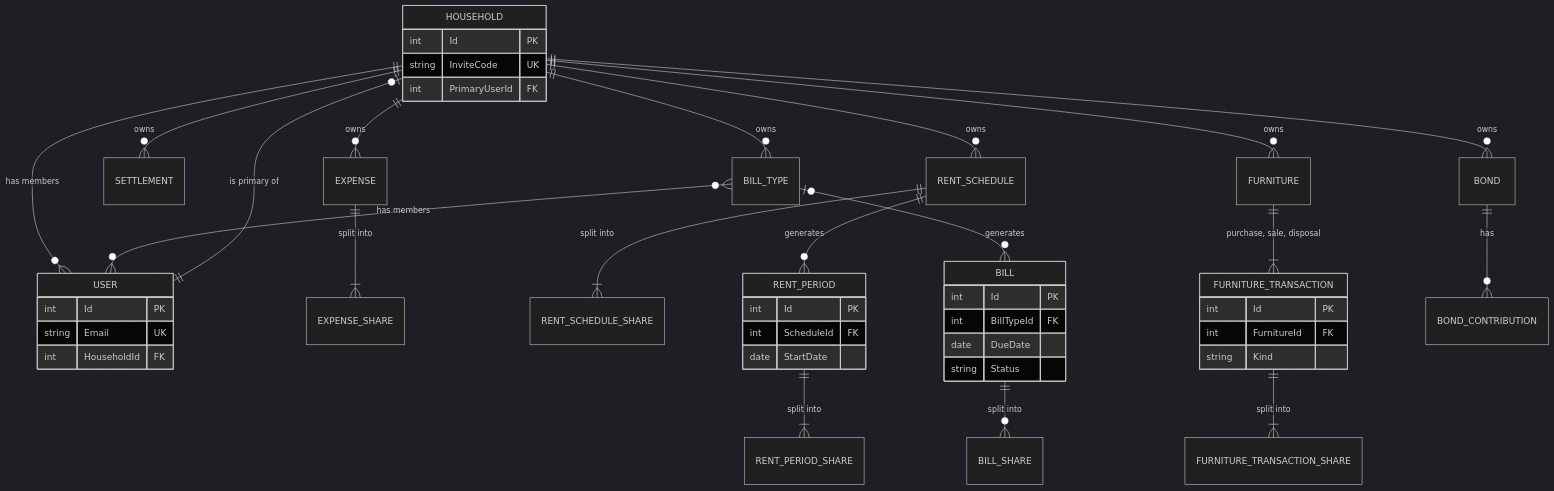
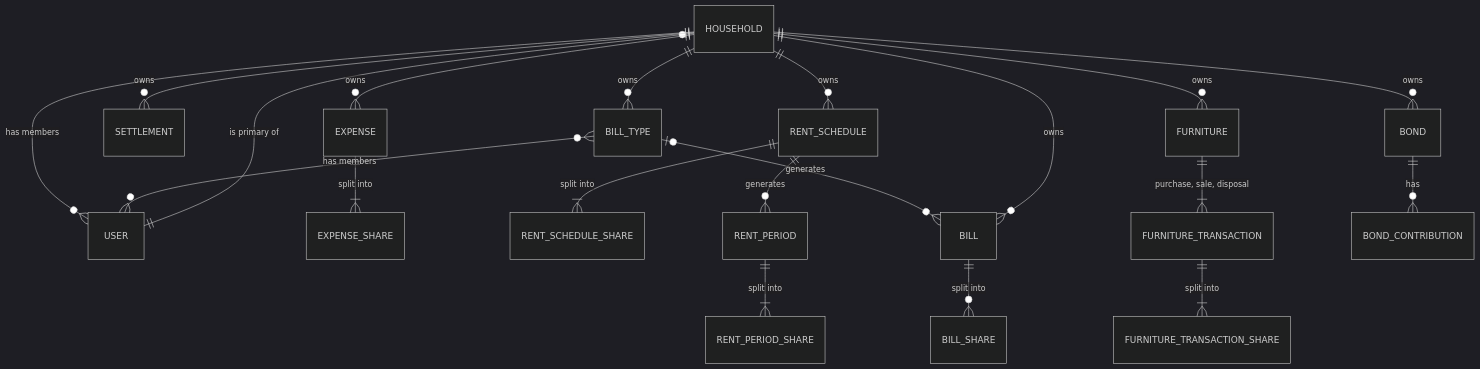
One commit to wanchaiS/ezyhouse changed the second of 2 diagrams in Backend/backend.md. Above: the diagram before and after it, drawn with Mermaid (dark theme). The commit also changed other lines of this file, not shown here.

````diff
--- a/Backend/backend.md
+++ b/Backend/backend.md
@@ -361,48 +267,22 @@
 ```mermaid
 erDiagram
     HOUSEHOLD ||--o{ USER : "has members"
     USER ||--o| HOUSEHOLD : "is primary of"
     HOUSEHOLD ||--o{ EXPENSE : owns
     EXPENSE ||--|{ EXPENSE_SHARE : "split into"
     HOUSEHOLD ||--o{ SETTLEMENT : owns
     HOUSEHOLD ||--o{ RENT_SCHEDULE : owns
     RENT_SCHEDULE ||--|{ RENT_SCHEDULE_SHARE : "split into"
     RENT_SCHEDULE ||--o{ RENT_PERIOD : generates
     RENT_PERIOD ||--|{ RENT_PERIOD_SHARE : "split into"
     HOUSEHOLD ||--o{ BILL_TYPE : owns
     BILL_TYPE }o--o{ USER : "has members"
     BILL_TYPE |o--o{ BILL : generates
+    HOUSEHOLD ||--o{ BILL : owns
     BILL ||--o{ BILL_SHARE : "split into"
     HOUSEHOLD ||--o{ FURNITURE : owns
     FURNITURE ||--|{ FURNITURE_TRANSACTION : "purchase, sale, disposal"
     FURNITURE_TRANSACTION ||--|{ FURNITURE_TRANSACTION_SHARE : "split into"
     HOUSEHOLD ||--o{ BOND : owns
     BOND ||--o{ BOND_CONTRIBUTION : has
-
-    USER {
-        int Id PK
-        string Email UK
-        int HouseholdId FK
-    }
-    HOUSEHOLD {
-        int Id PK
-        string InviteCode UK
-        int PrimaryUserId FK
-    }
-    RENT_PERIOD {
-        int Id PK
-        int ScheduleId FK
-        date StartDate
-    }
-    BILL {
-        int Id PK
-        int BillTypeId FK
-        date DueDate
-        string Status
-    }
-    FURNITURE_TRANSACTION {
-        int Id PK
-        int FurnitureId FK
-        string Kind
-    }
 ```
````
